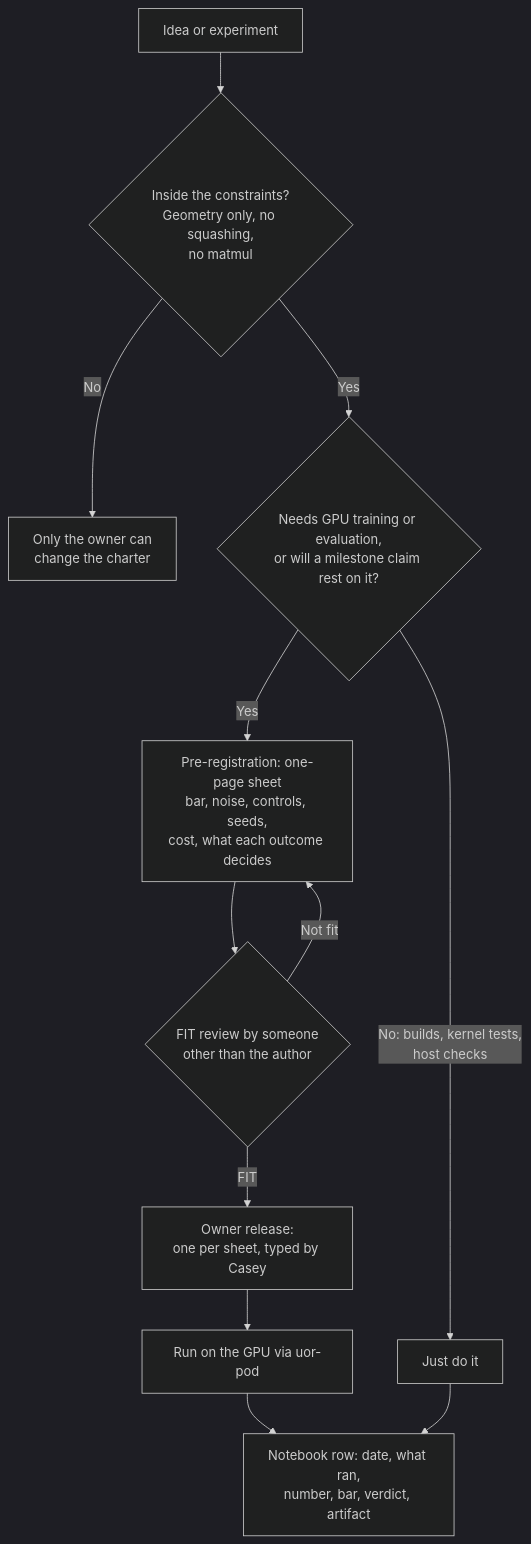
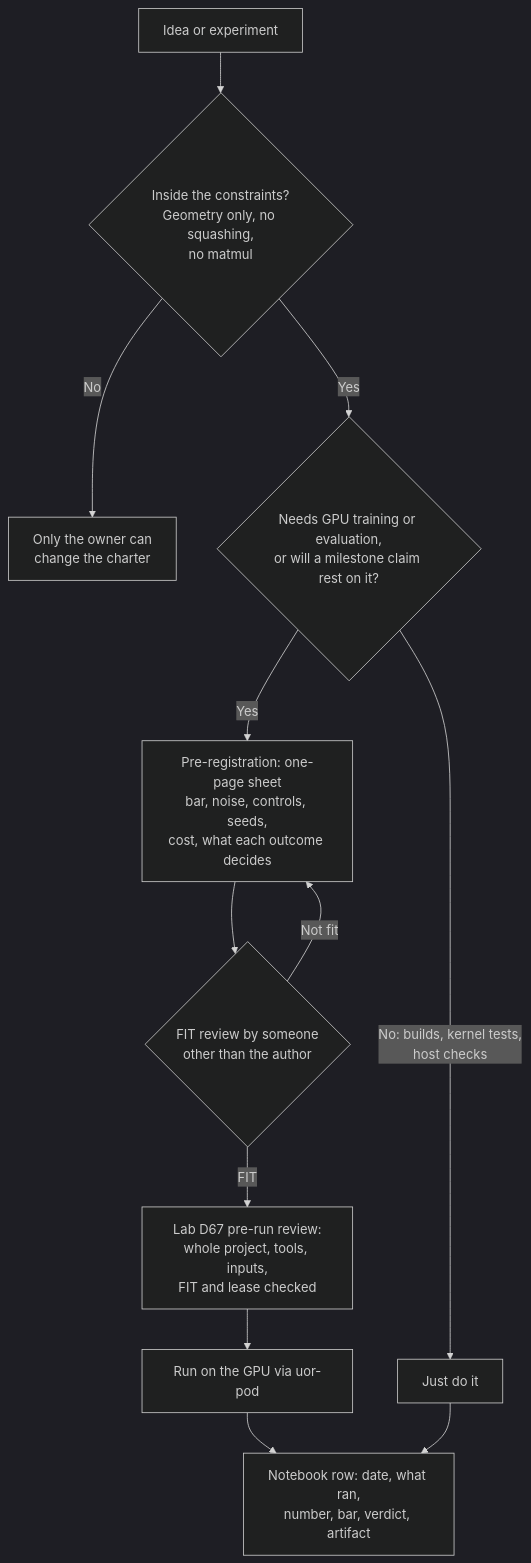
Before and after one commit to UOR-Foundation/uor-r4: the diagram in docs/rules/README.md, drawn with Mermaid (dark theme). The commit also changed other lines of this file and 145 other files, not shown here.

````diff
--- a/docs/rules/README.md
+++ b/docs/rules/README.md
@@ -5,14 +5,14 @@
 ```mermaid
 flowchart TD
   idea["Idea or experiment"] --> rules{"Inside the constraints?<br/>Geometry only, no squashing,<br/>no matmul"}
   rules -- "No" --> owner["Only the owner can<br/>change the charter"]
   rules -- "Yes" --> need{"Needs GPU training or evaluation,<br/>or will a milestone claim rest on it?"}
   need -- "No: builds, kernel tests,<br/>host checks" --> doit["Just do it"]
   need -- "Yes" --> sheet["Pre-registration: one-page sheet<br/>bar, noise, controls, seeds,<br/>cost, what each outcome decides"]
   sheet --> fit{"FIT review by someone<br/>other than the author"}
   fit -- "Not fit" --> sheet
-  fit -- "FIT" --> release["Owner release:<br/>one per sheet, typed by Casey"]
+  fit -- "FIT" --> release["Lab D67 pre-run review:<br/>whole project, tools, inputs,<br/>FIT and lease checked"]
   release --> run["Run on the GPU via uor-pod"]
   run --> row["Notebook row: date, what ran,<br/>number, bar, verdict, artifact"]
   doit --> row
 ```
````
